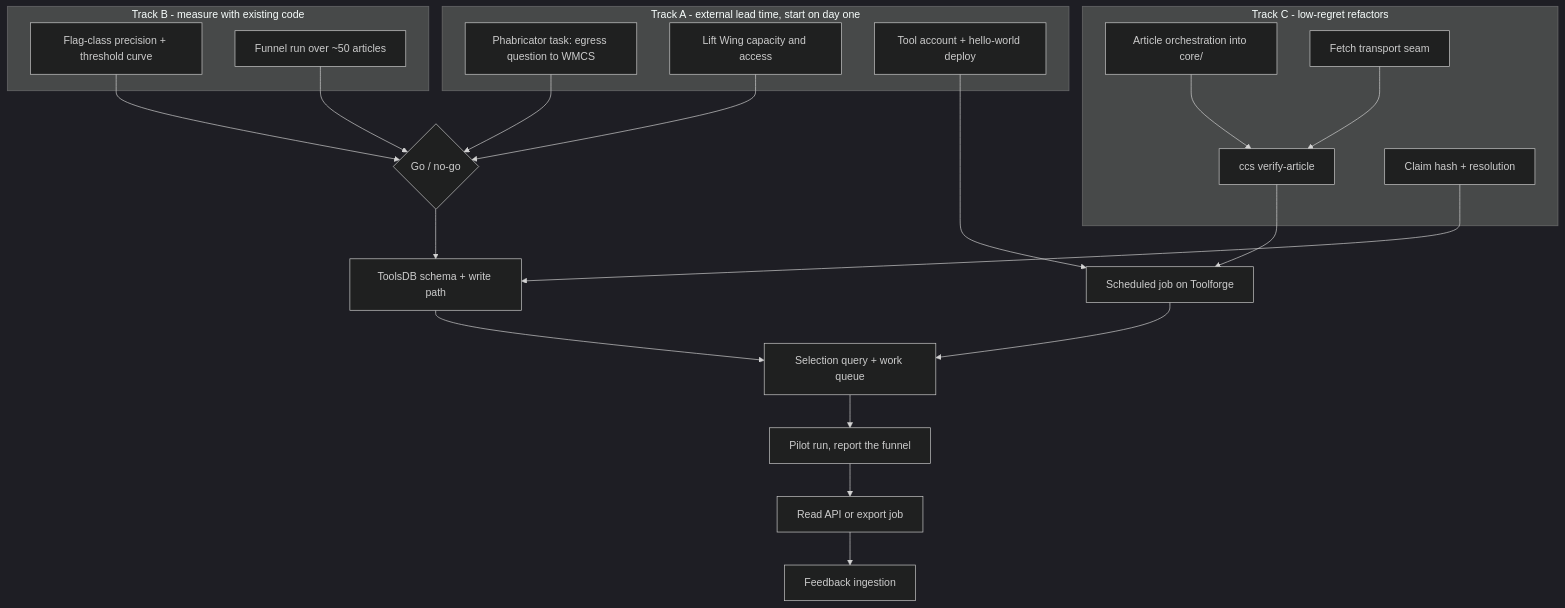
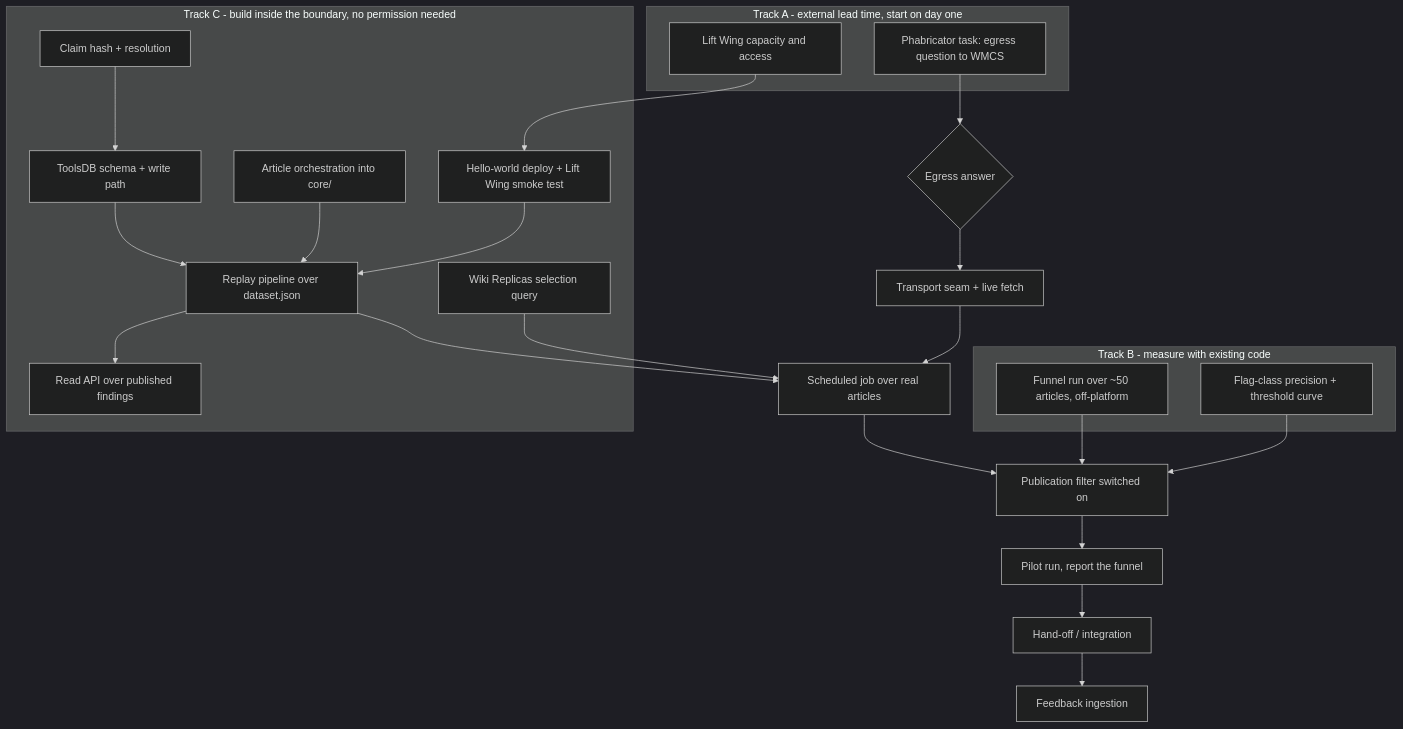
One commit to alex-o-748/citation-checker-script changed the second of 2 diagrams in docs/design-plans/2026-08-07-batch-source-checks-for-edit-suggestions.md. Above: the diagram before and after it, drawn with Mermaid (dark theme). The commit also changed other lines of this file, not shown here.

First line of the commit message:
Resequence the build plan around an existing Toolforge account

````diff
--- a/docs/design-plans/2026-08-07-batch-source-checks-for-edit-suggestions.md
+++ b/docs/design-plans/2026-08-07-batch-source-checks-for-edit-suggestions.md
@@ -474,39 +486,41 @@
 ```mermaid
 flowchart TB
   subgraph A["Track A - external lead time, start on day one"]
     A1["Phabricator task: egress question to WMCS"]
     A2["Lift Wing capacity and access"]
-    A3["Tool account + hello-world deploy"]
   end
 
   subgraph B["Track B - measure with existing code"]
     B1["Flag-class precision + threshold curve"]
-    B2["Funnel run over ~50 articles"]
+    B2["Funnel run over ~50 articles, off-platform"]
   end
 
-  subgraph C["Track C - low-regret refactors"]
-    C1["Article orchestration into core/"]
-    C2["Fetch transport seam"]
-    C3["ccs verify-article"]
-    C4["Claim hash + resolution"]
+  subgraph C["Track C - build inside the boundary, no permission needed"]
+    C1["Hello-world deploy + Lift Wing smoke test"]
+    C2["Article orchestration into core/"]
+    C3["Claim hash + resolution"]
+    C4["ToolsDB schema + write path"]
+    C5["Wiki Replicas selection query"]
+    C6["Replay pipeline over dataset.json"]
+    C7["Read API over published findings"]
   end
 
-  GATE{"Go / no-go"}
+  A1 --> GATE{"Egress answer"}
+  C1 --> C6
+  C2 --> C6
+  C3 --> C4
+  C4 --> C6
+  C6 --> C7
+  A2 --> C1
 
-  A1 --> GATE
-  A2 --> GATE
-  B1 --> GATE
-  B2 --> GATE
-  C1 --> C3
-  C2 --> C3
-
-  GATE --> D1["ToolsDB schema + write path"]
-  A3 --> D2["Scheduled job on Toolforge"]
-  C3 --> D2
-  C4 --> D1
-  D1 --> D3["Selection query + work queue"]
+  GATE --> D1["Transport seam + live fetch"]
+  C5 --> D2["Scheduled job over real articles"]
+  C6 --> D2
+  D1 --> D2
+  B1 --> D3["Publication filter switched on"]
+  B2 --> D3
   D2 --> D3
   D3 --> D4["Pilot run, report the funnel"]
-  D4 --> E1["Read API or export job"]
+  D4 --> E1["Hand-off / integration"]
   E1 --> E2["Feedback ingestion"]
 ```
````
